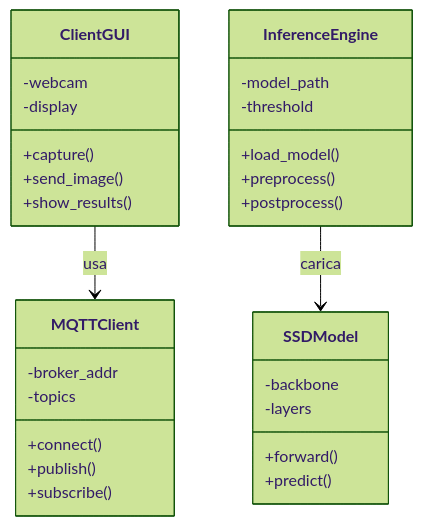
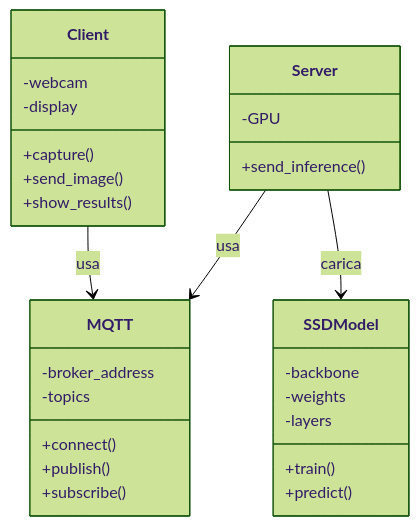
The fourth of 6 diagrams in README.md (riccardosemeraro/B.O.S.S.-Branch-Bellusci-SSD300-VGG16), drawn with Mermaid (forest theme) before and after one commit. The commit also changed other lines of this file and 2 other files, not shown here.

````diff
--- a/README.md
+++ b/README.md
@@ -375,69 +372,65 @@
 ```mermaid
 classDiagram
 
-class ClientGUI {
+class Client {
 
 -webcam
 
 -display
 
 +capture()
 
 +send_image()
 
 +show_results()
 
 }
 
   
 
-class MQTTClient {
+class MQTT{
 
--broker_addr
+-broker_address
 
 -topics
 
 +connect()
 
 +publish()
 
 +subscribe()
 
 }
 
-  
+class Server {
 
-class InferenceEngine {
+-GPU
 
--model_path
-
--threshold
-
-+load_model()
-
-+preprocess()
-
-+postprocess()
++send_inference()
 
 }
 
   
 
 class SSDModel {
 
 -backbone
 
+-weights
+
 -layers
 
-+forward()
++train()
 
 +predict()
 
 }
 
   
 
-ClientGUI --> MQTTClient : usa
+Client --> MQTT : usa
 
-InferenceEngine --> SSDModel : carica
+Server --> MQTT : usa
+
+Server --> SSDModel : carica
 ```
````
